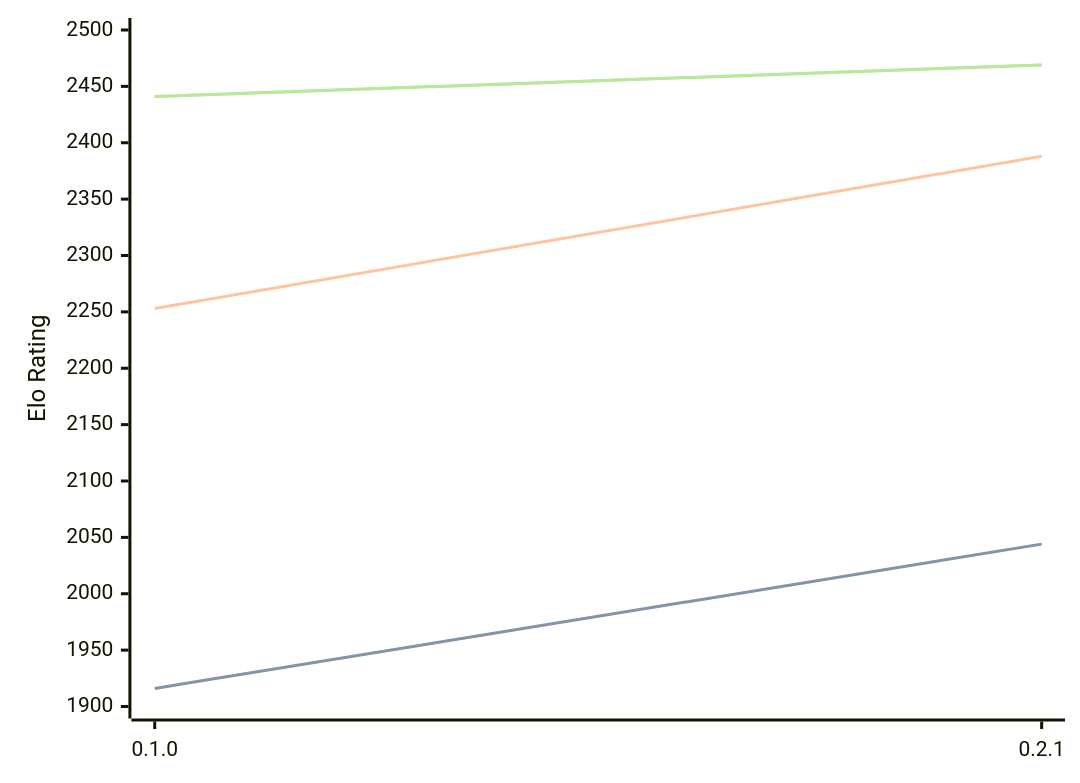
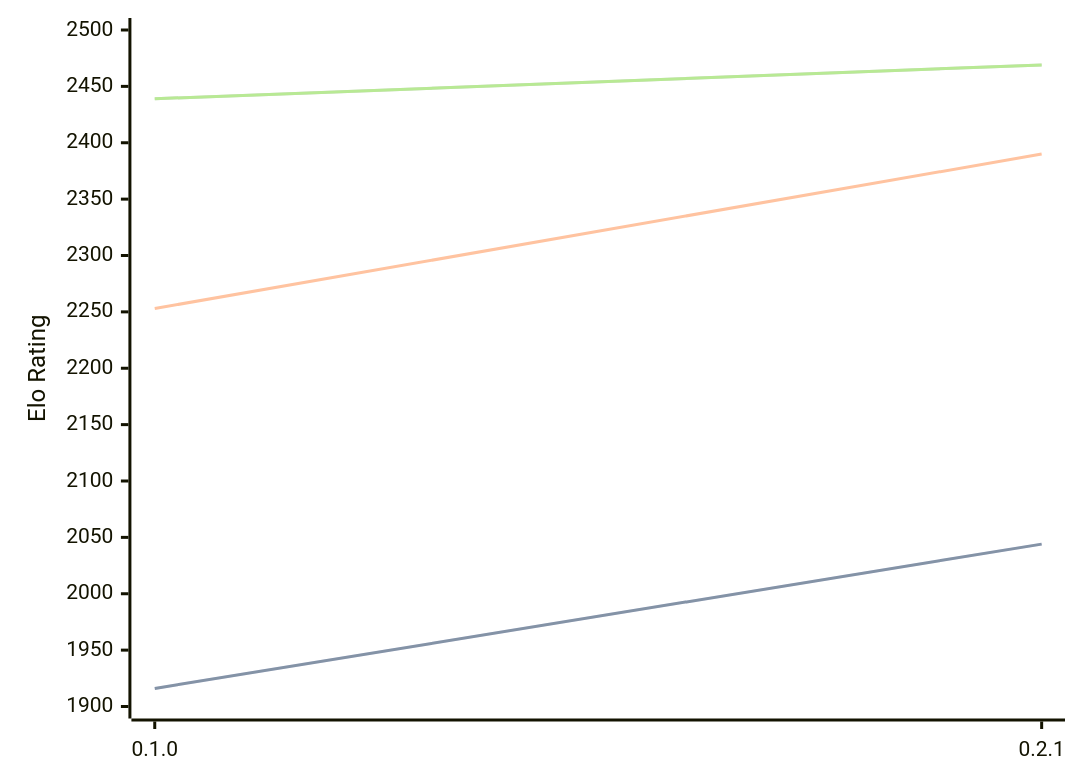
Before and after one commit to computer-chess-index/cci: the diagram in engines/Sykora.md, drawn with Mermaid. The commit also changed other lines of this file, not shown here.

Commit message:
Update CCI Ratings (ELO VLTC) - 2026-04-08

````diff
--- a/engines/Sykora.md
+++ b/engines/Sykora.md
@@ -33,11 +33,11 @@
 ```mermaid
 %%{init: {"theme":"base","themeVariables":{"seriesColors:['#a3a3a3','#222221','#faa371']}}}%%
 xychart-beta
   x-axis ["0.1.0", "0.2.1"]
   y-axis "Elo Rating" 1900 --> 2500
   line "STC (8.0+0.08s)" [1916, 2044]
   line "STC (8.0+0.08s)" [1916, 2044]
-  line "LTC (60.0+0.60s)" [2253, 2388]
-  line "VLTC (2m24s+1.12s)" [2441, 2469]
-  line "VLTC (2m24s+1.12s)" [2441, 2469]
+  line "LTC (60.0+0.60s)" [2253, 2390]
+  line "VLTC (2m24s+1.12s)" [2439, 2469]
+  line "VLTC (2m24s+1.12s)" [2439, 2469]
 ```
````
